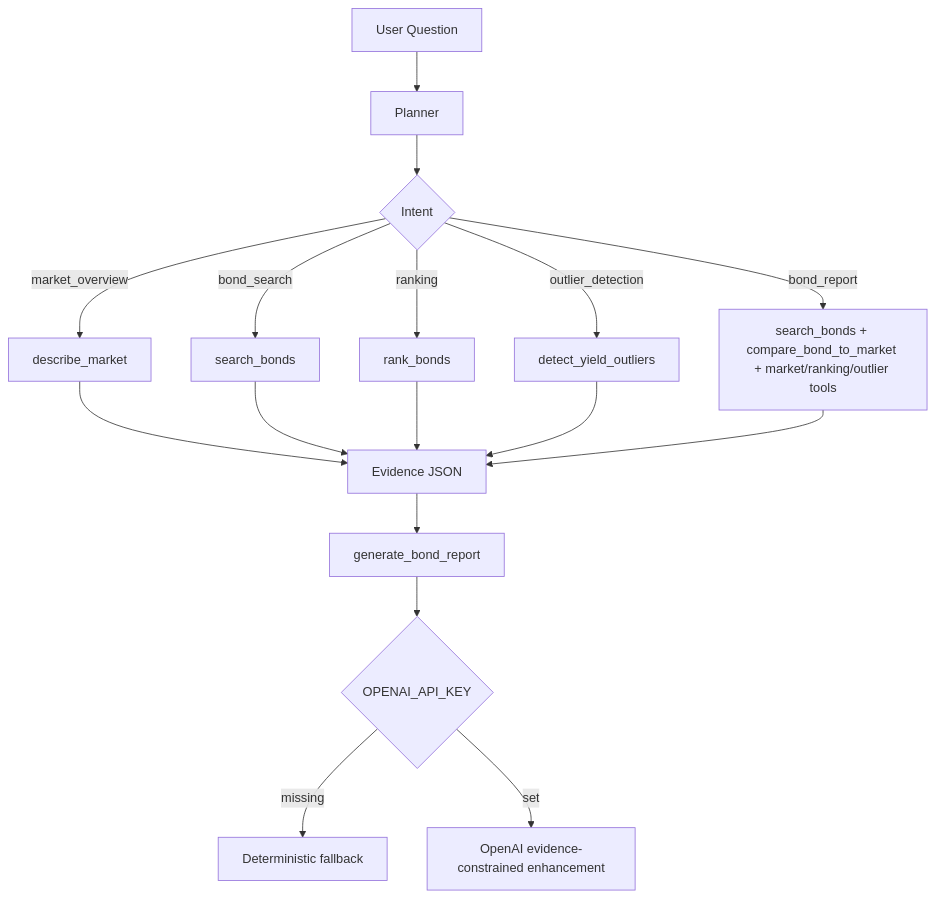
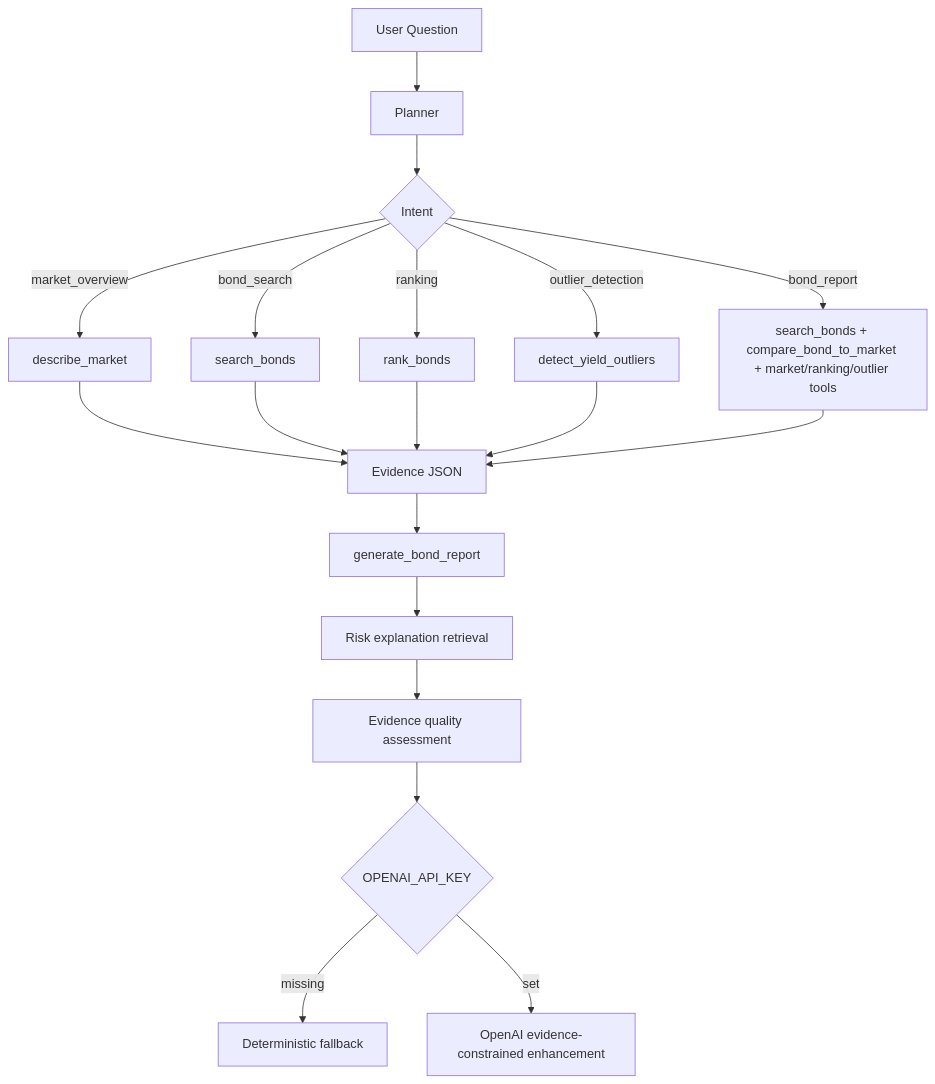
Before and after one commit to Phoenix0531-sudo/bondlens-ai: the diagram in README.md, drawn with Mermaid. The commit also changed other lines of this file and 10 other files, not shown here.

Commit message:
Add data source profile and risk evidence layer

````diff
--- a/README.md
+++ b/README.md
@@ -60,19 +63,21 @@
 ```mermaid
 flowchart TD
     A[User Question] --> B[Planner]
     B --> C{Intent}
     C -->|market_overview| D[describe_market]
     C -->|bond_search| E[search_bonds]
     C -->|ranking| F[rank_bonds]
     C -->|outlier_detection| G[detect_yield_outliers]
     C -->|bond_report| H[search_bonds + compare_bond_to_market + market/ranking/outlier tools]
     D --> I[Evidence JSON]
     E --> I
     F --> I
     G --> I
     H --> I
     I --> J[generate_bond_report]
-    J --> K{OPENAI_API_KEY}
-    K -->|missing| L[Deterministic fallback]
-    K -->|set| M[OpenAI evidence-constrained enhancement]
+    J --> K[Risk explanation retrieval]
+    K --> L[Evidence quality assessment]
+    L --> M{OPENAI_API_KEY}
+    M -->|missing| N[Deterministic fallback]
+    M -->|set| O[OpenAI evidence-constrained enhancement]
 ```
````
